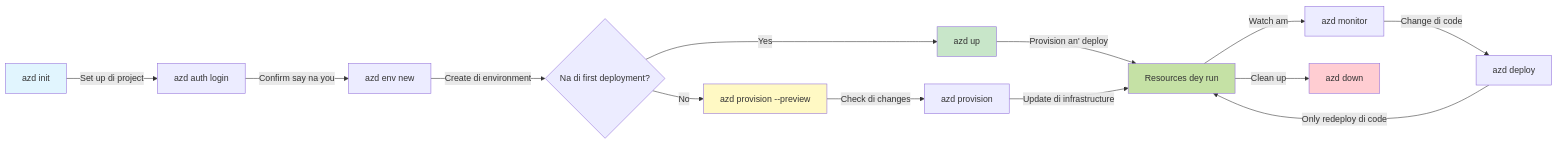
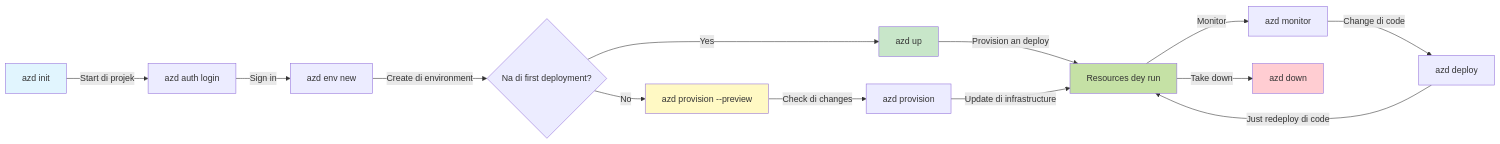
The first of 2 diagrams in translations/pcm/docs/chapter-01-foundation/azd-basics.md (microsoft/AZD-for-beginners), drawn with Mermaid before and after one commit. The commit also changed other lines of this file and 101 other files, not shown here.

````diff
--- a/translations/pcm/docs/chapter-01-foundation/azd-basics.md
+++ b/translations/pcm/docs/chapter-01-foundation/azd-basics.md
@@ -254,21 +269,21 @@
 ```mermaid
 graph LR
-    A[azd init] -->|Set up di project| B[azd auth login]
-    B -->|Confirm say na you| C[azd env new]
+    A[azd init] -->|Start di projek| B[azd auth login]
+    B -->|Sign in| C[azd env new]
     C -->|Create di environment| D{Na di first deployment?}
     D -->|Yes| E[azd up]
     D -->|No| F[azd provision --preview]
     F -->|Check di changes| G[azd provision]
-    E -->|Provision an' deploy| H[Resources dey run]
+    E -->|Provision an deploy| H[Resources dey run]
     G -->|Update di infrastructure| H
-    H -->|Watch am| I[azd monitor]
+    H -->|Monitor| I[azd monitor]
     I -->|Change di code| J[azd deploy]
-    J -->|Only redeploy di code| H
-    H -->|Clean up| K[azd down]
+    J -->|Just redeploy di code| H
+    H -->|Take down| K[azd down]
     
     style A fill:#e1f5fe
     style E fill:#c8e6c9
     style F fill:#fff9c4
     style H fill:#c5e1a5
     style K fill:#ffcdd2
 ```
````
